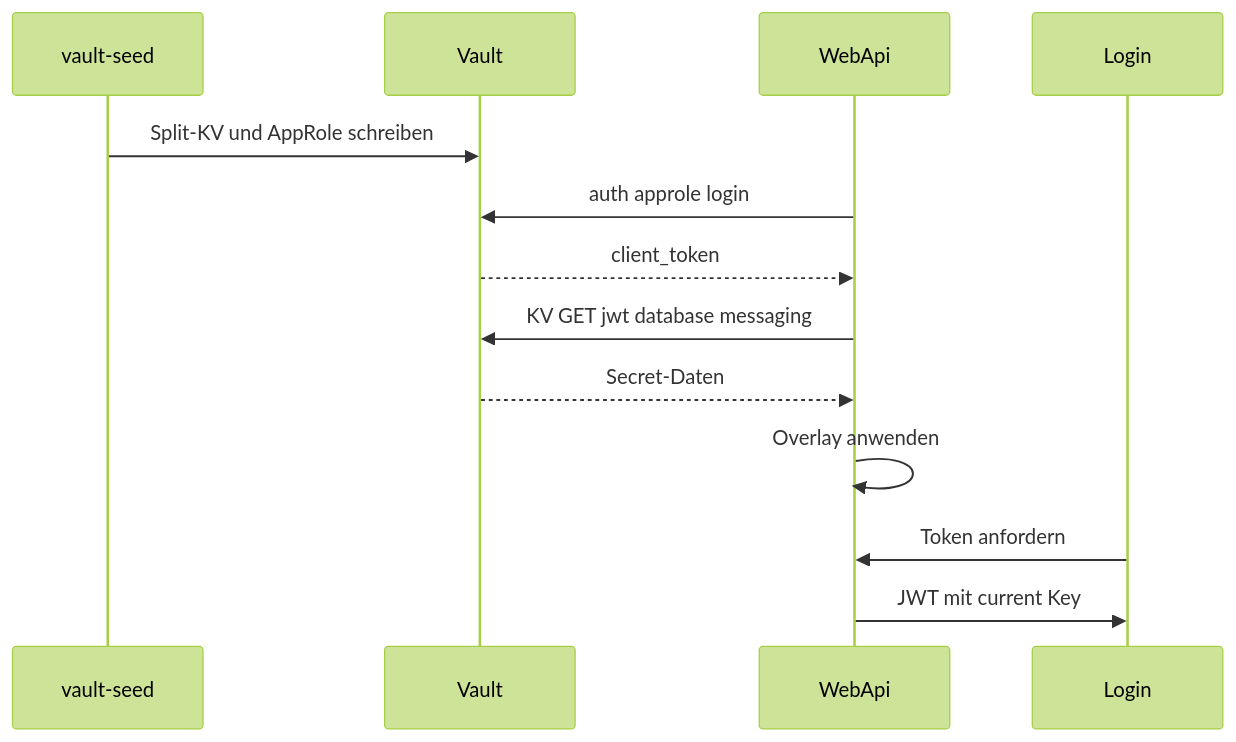
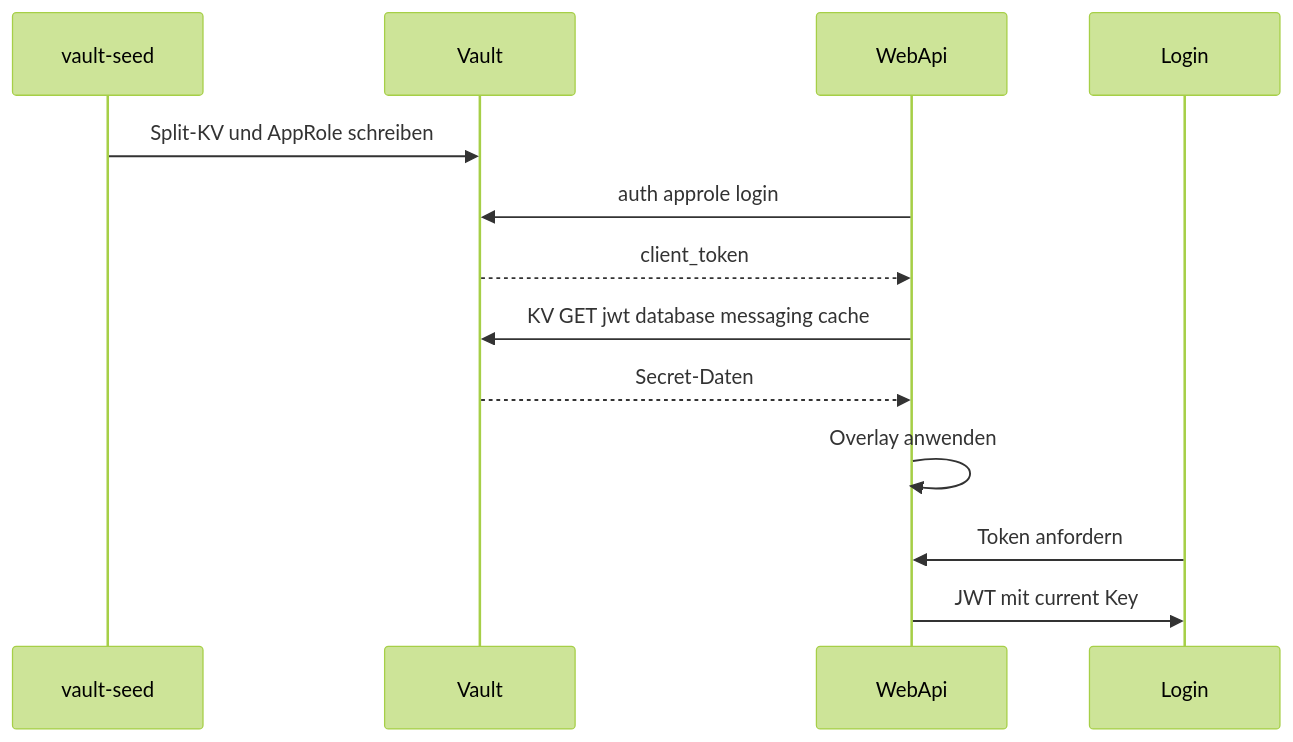
The second of 2 diagrams in docs/learning/de/19-vault-lab.md (fdeniz07/BankApp), drawn with Mermaid (forest theme) before and after one commit. The commit also changed other lines of this file and 45 other files, not shown here.

````diff
--- a/docs/learning/de/19-vault-lab.md
+++ b/docs/learning/de/19-vault-lab.md
@@ -51,15 +53,15 @@
 ```mermaid
 sequenceDiagram
   participant Seed as vault-seed
   participant V as Vault
   participant API as WebApi
   participant User as Login
   Seed->>V: Split-KV und AppRole schreiben
   API->>V: auth approle login
   V-->>API: client_token
-  API->>V: KV GET jwt database messaging
+  API->>V: KV GET jwt database messaging cache
   V-->>API: Secret-Daten
   API->>API: Overlay anwenden
   User->>API: Token anfordern
   API->>User: JWT mit current Key
 ```
````
